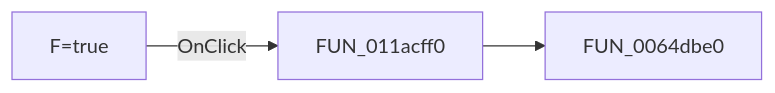
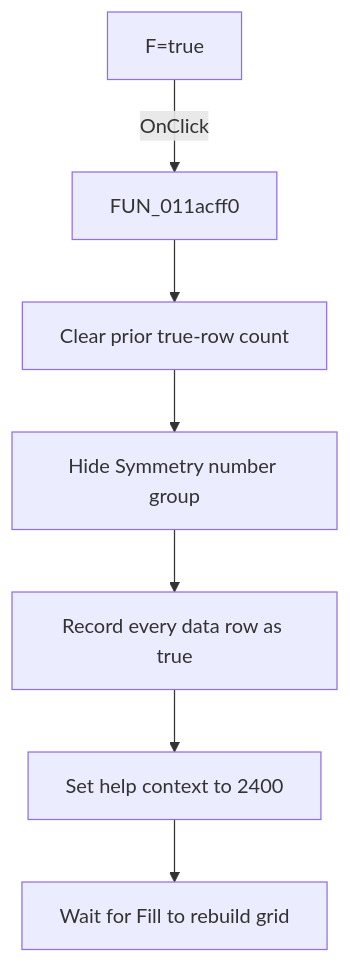
Before and after one commit to MovGP0/TIARA: the diagram in docs/ui-controls/tables-form/radiof1-94415fef31.md, drawn with Mermaid. The commit also changed other lines of this file and 387 other files, not shown here.

````diff
--- a/docs/ui-controls/tables-form/radiof1-94415fef31.md
+++ b/docs/ui-controls/tables-form/radiof1-94415fef31.md
@@ -27,5 +27,9 @@
 ```mermaid
-flowchart LR
+flowchart TD
     control["F=true"] -->|OnClick| handler["FUN_011acff0"]
-    handler --> call1["FUN_0064dbe0"]
+    handler --> clear["Clear prior true-row count"]
+    clear --> hide["Hide Symmetry number group"]
+    hide --> rows["Record every data row as true"]
+    rows --> topic["Set help context to 2400"]
+    topic --> wait["Wait for Fill to rebuild grid"]
 ```
````
